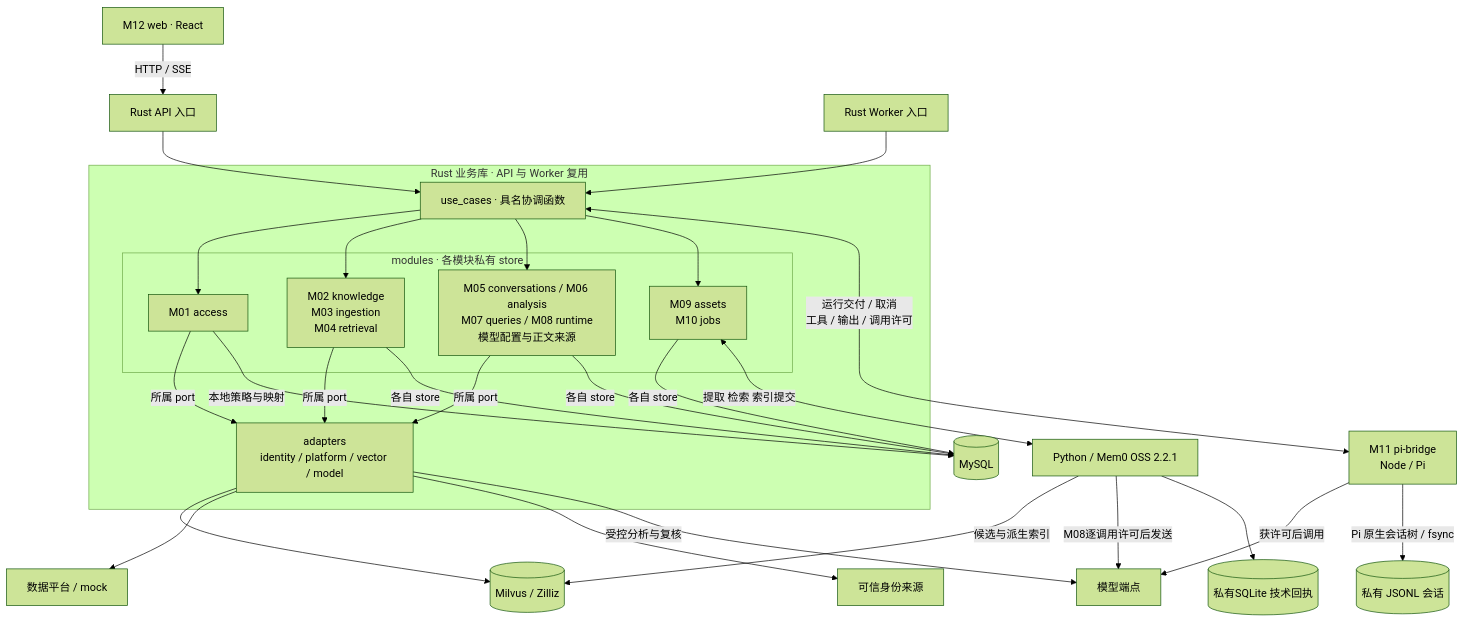
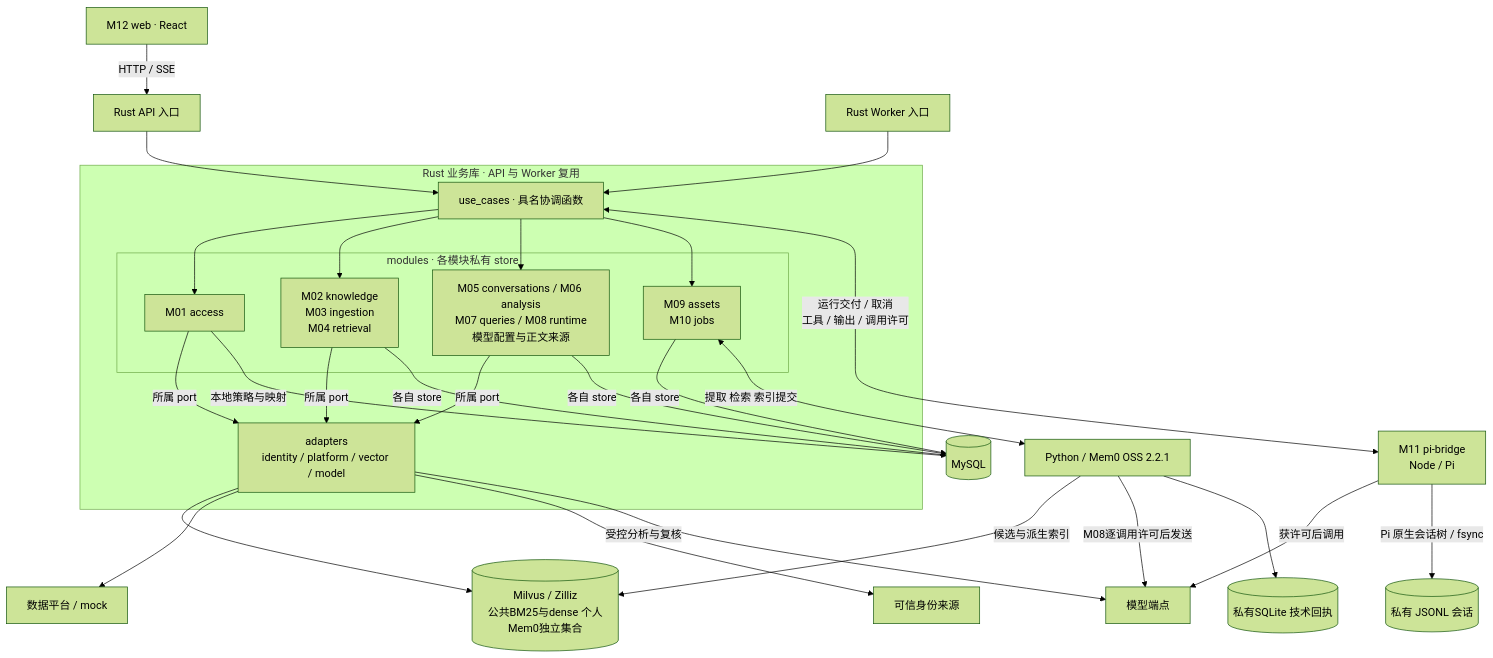
The first of 12 diagrams in docs/architecture/implementation-views.md (yaoziyaoguai/data_agent), drawn with Mermaid (forest theme) before and after one commit. The commit also changed other lines of this file and 55 other files, not shown here.

````diff
--- a/docs/architecture/implementation-views.md
+++ b/docs/architecture/implementation-views.md
@@ -9,36 +11,36 @@
 ```mermaid
 flowchart TB
   Web["M12 web · React"] -->|HTTP / SSE| API["Rust API 入口"]
   Worker["Rust Worker 入口"] --> UC["use_cases · 具名协调函数"]
   API --> UC
   subgraph Rust["Rust 业务库 · API 与 Worker 复用"]
     UC
     subgraph Modules["modules · 各模块私有 store"]
       Access["M01 access"]
       Knowledge["M02 knowledge<br/>M03 ingestion<br/>M04 retrieval"]
       Flow["M05 conversations / M06 analysis<br/>M07 queries / M08 runtime<br/>模型配置与正文来源"]
       Assets["M09 assets<br/>M10 jobs"]
     end
     Adapters["adapters<br/>identity / platform / vector / model"]
     UC --> Access
     UC --> Knowledge
     UC --> Flow
     UC --> Assets
     Access -->|所属 port| Adapters
     Knowledge -->|所属 port| Adapters
     Flow -->|所属 port| Adapters
   end
   Knowledge & Flow & Assets -->|各自 store| DB[(MySQL)]
   Access -->|本地策略与映射| DB
-  Adapters --> Vector[(Milvus / Zilliz)]
+  Adapters --> Vector[(Milvus / Zilliz<br/>公共BM25与dense 个人Mem0独立集合)]
   Adapters --> Platform["数据平台 / mock"]
   Adapters --> Identity["可信身份来源"]
   Adapters -->|受控分析与复核| Model["模型端点"]
   UC <-->|运行交付 / 取消<br/>工具 / 输出 / 调用许可| Pi["M11 pi-bridge<br/>Node / Pi"]
   Assets <-->|提取 检索 索引提交| Memory["Python / Mem0 OSS 2.2.1"]
   Memory -->|候选与派生索引| Vector
   Memory -->|M08逐调用许可后发送| Model
   Memory --> Receipts[(私有SQLite 技术回执)]
   Pi -->|获许可后调用| Model
   Pi -->|Pi 原生会话树 / fsync| Journal[(私有 JSONL 会话)]
 ```
````
